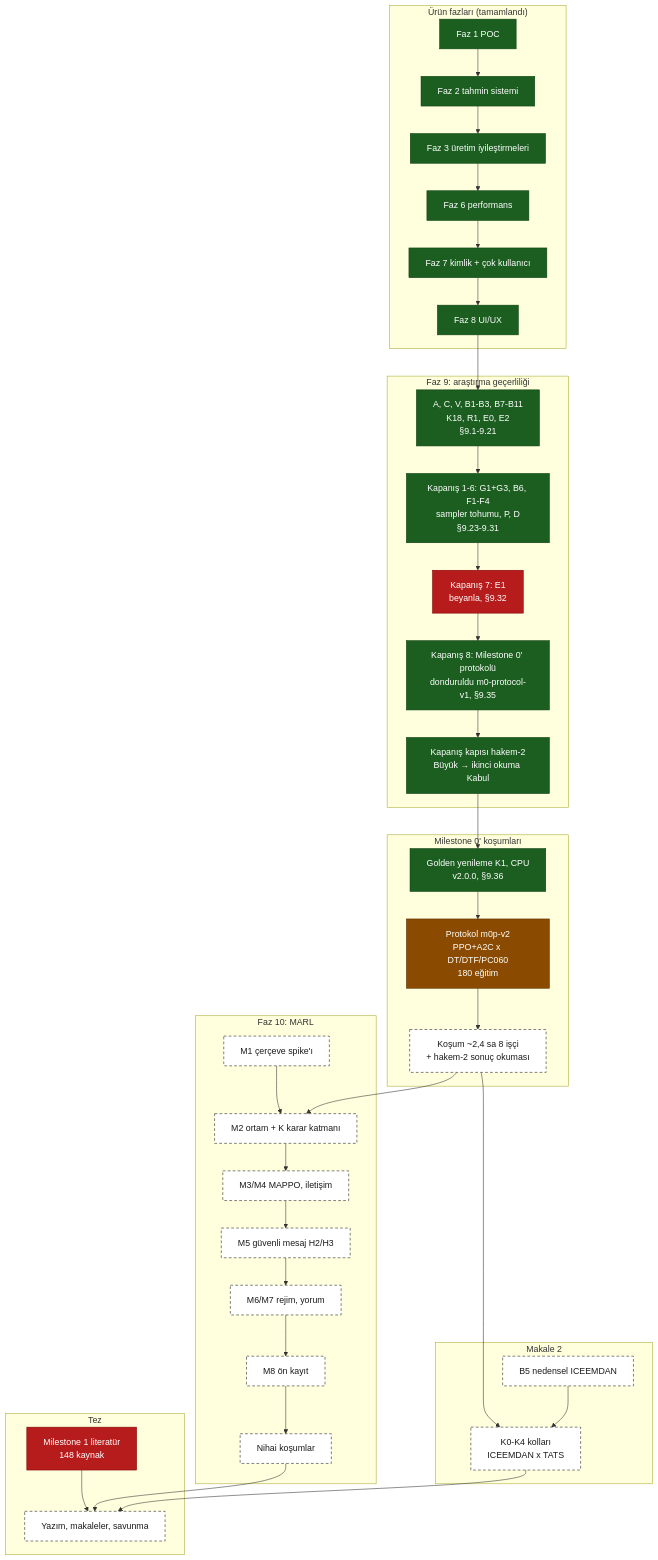
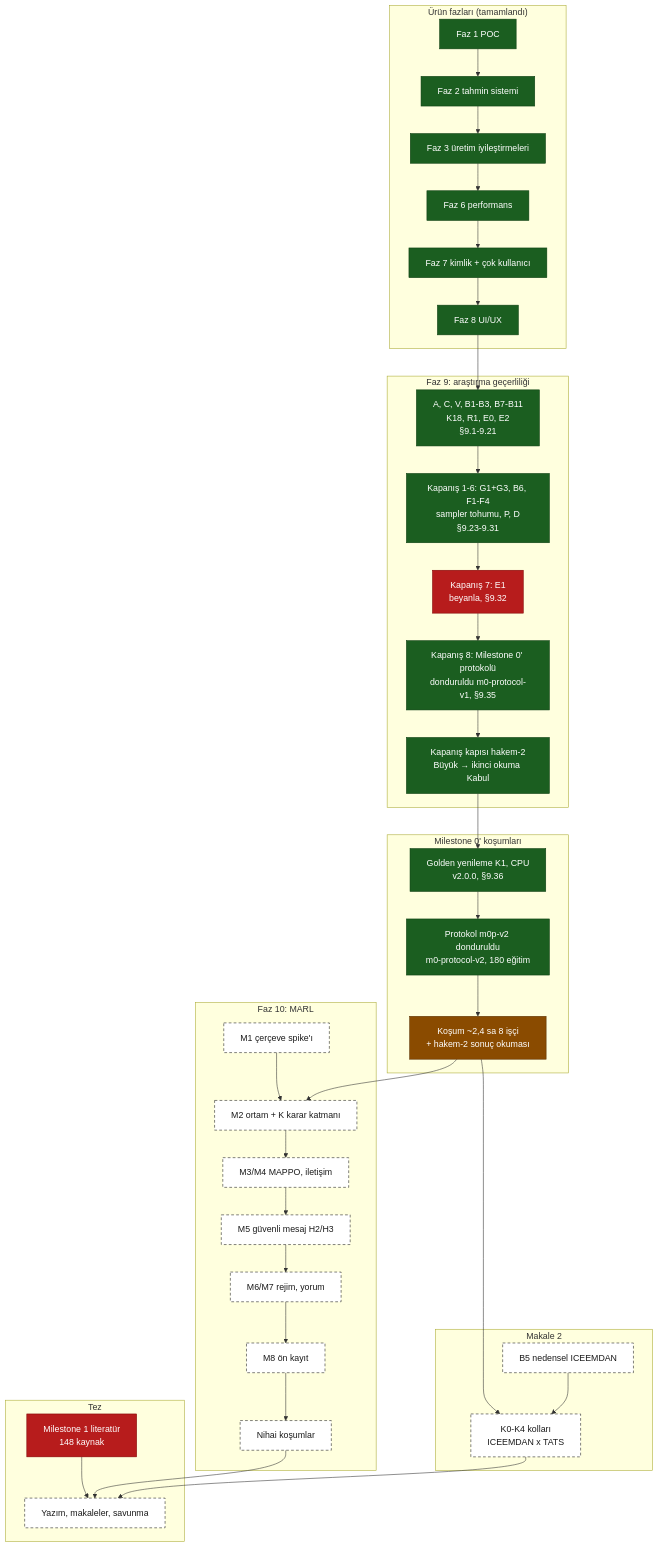
The second of 2 diagrams in docs/development/system-map.md (softdevcan/RL-Trading-Project), drawn with Mermaid before and after one commit. The commit also changed other lines of this file and 5 other files, not shown here.

Commit message:
docs: Milestone 0' m0p-v2 DONDURULDU (kullanici onayi; hakem-2 Kabul); surum 2.0.0 (MAJOR: golden yenilemesi)

````diff
--- a/docs/development/system-map.md
+++ b/docs/development/system-map.md
@@ -112,61 +112,61 @@
 ```mermaid
 flowchart TB
   classDef done fill:#1b5e20,stroke:#0b3d10,color:#ffffff
   classDef partial fill:#b71c1c,stroke:#7f0000,color:#ffffff
   classDef active fill:#8a4b00,stroke:#5a3000,color:#ffffff
   classDef decision fill:#4a148c,stroke:#2a0060,color:#ffffff
   classDef planned fill:#ffffff,stroke:#1a1a1a,stroke-dasharray:5 4,color:#1a1a1a
 
   subgraph URUN["Ürün fazları (tamamlandı)"]
     F1["Faz 1 POC"]:::done
     F2["Faz 2 tahmin sistemi"]:::done
     F3["Faz 3 üretim iyileştirmeleri"]:::done
     F6["Faz 6 performans"]:::done
     F7["Faz 7 kimlik + çok kullanıcı"]:::done
     F8["Faz 8 UI/UX"]:::done
   end
 
   subgraph F9["Faz 9: araştırma geçerliliği"]
     P9A["A, C, V, B1-B3, B7-B11<br/>K18, R1, E0, E2<br/>§9.1-9.21"]:::done
     P9B["Kapanış 1-6: G1+G3, B6, F1-F4<br/>sampler tohumu, P, D<br/>§9.23-9.31"]:::done
     P9E["Kapanış 7: E1<br/>beyanla, §9.32"]:::partial
     P9M["Kapanış 8: Milestone 0' protokolü<br/>donduruldu m0-protocol-v1, §9.35"]:::done
     H2["Kapanış kapısı hakem-2<br/>Büyük → ikinci okuma Kabul"]:::done
   end
 
   subgraph M0["Milestone 0' koşumları"]
     GOLD["Golden yenileme K1, CPU<br/>v2.0.0, §9.36"]:::done
-    PRE["Protokol m0p-v2<br/>PPO+A2C x DT/DTF/PC060<br/>180 eğitim"]:::active
-    FIN["Koşum ~2,4 sa 8 işçi<br/>+ hakem-2 sonuç okuması"]:::planned
+    PRE["Protokol m0p-v2 donduruldu<br/>m0-protocol-v2, 180 eğitim"]:::done
+    FIN["Koşum ~2,4 sa 8 işçi<br/>+ hakem-2 sonuç okuması"]:::active
   end
 
   subgraph M2P["Makale 2"]
     B5["B5 nedensel ICEEMDAN"]:::planned
     K0K4["K0-K4 kolları<br/>ICEEMDAN x TATS"]:::planned
   end
 
   subgraph F10["Faz 10: MARL"]
     M1["M1 çerçeve spike'ı"]:::planned
     M2["M2 ortam + K karar katmanı"]:::planned
     M34["M3/M4 MAPPO, iletişim"]:::planned
     M5["M5 güvenli mesaj H2/H3"]:::planned
     M67["M6/M7 rejim, yorum"]:::planned
     M8["M8 ön kayıt"]:::planned
     FINAL["Nihai koşumlar"]:::planned
   end
 
   subgraph TEZ["Tez"]
     T1["Milestone 1 literatür<br/>148 kaynak"]:::partial
     T4["Yazım, makaleler, savunma"]:::planned
   end
 
   F1 --> F2 --> F3 --> F6 --> F7 --> F8 --> P9A --> P9B --> P9E --> P9M --> H2
   H2 --> GOLD --> PRE --> FIN
   FIN --> K0K4
   B5 --> K0K4
   M1 --> M2
   FIN --> M2 --> M34 --> M5 --> M67 --> M8 --> FINAL
   T1 --> T4
   FINAL --> T4
   K0K4 --> T4
 ```
````
